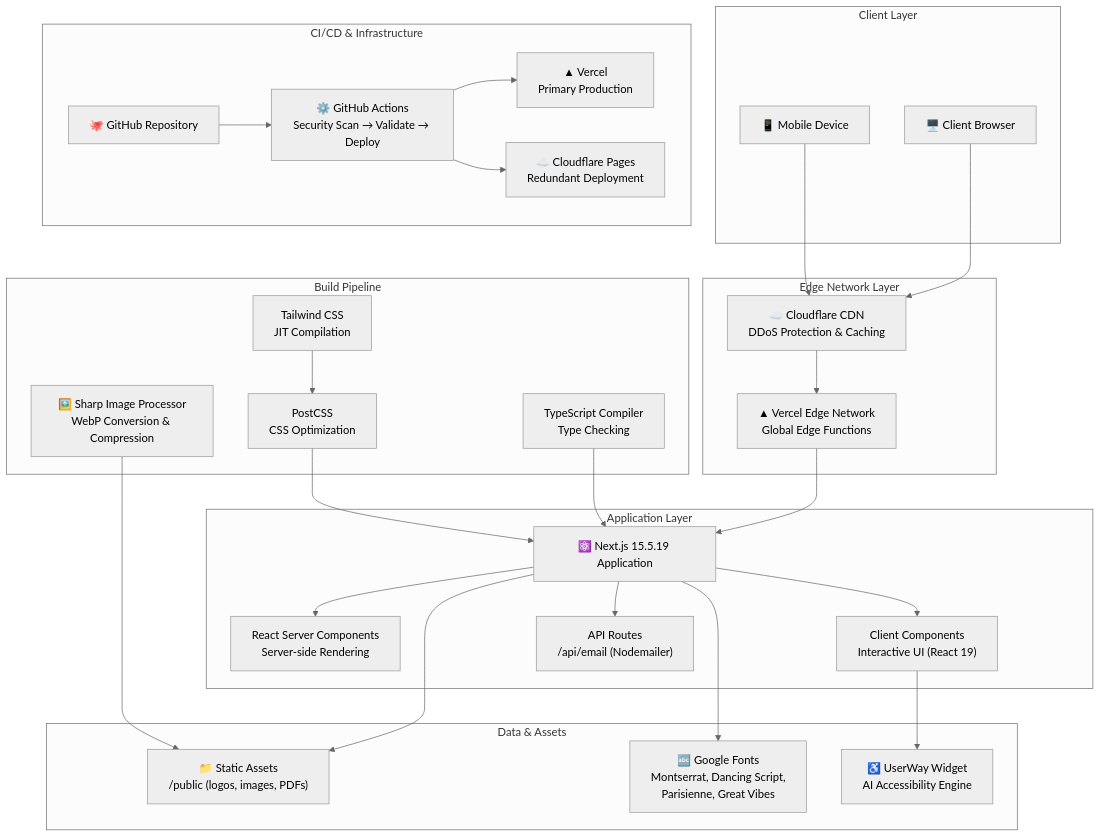
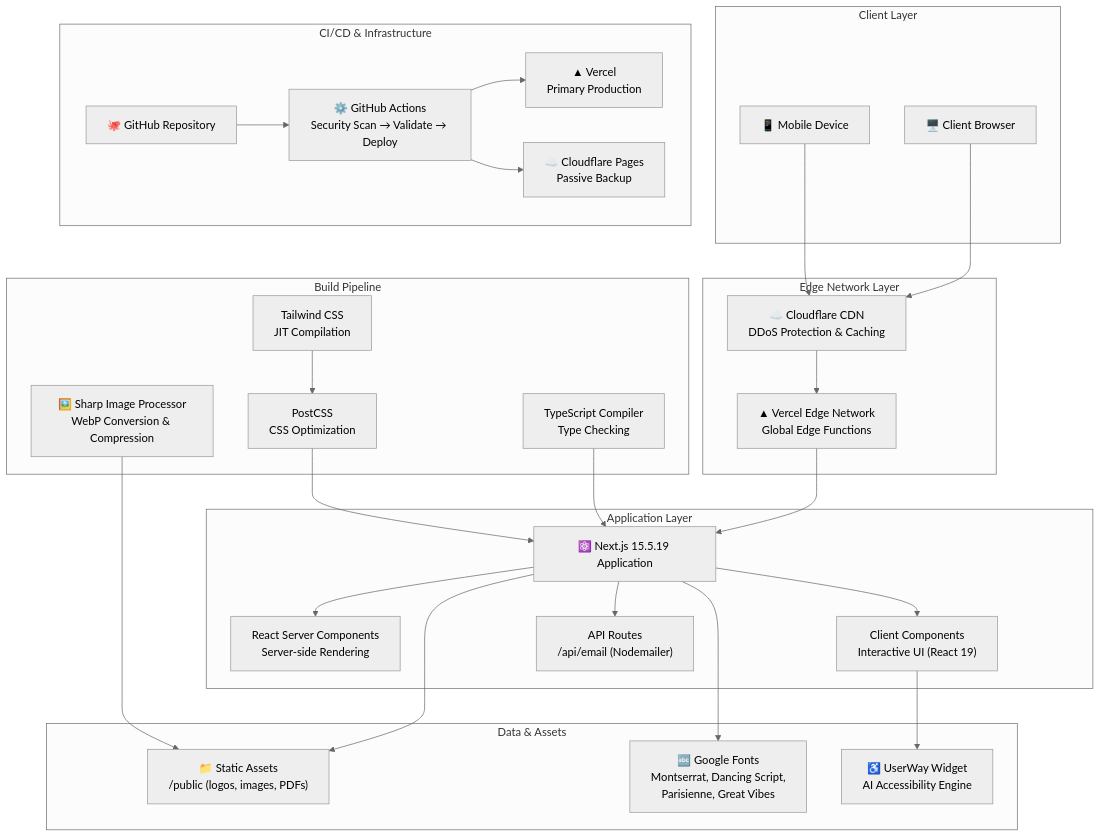
The first of 7 diagrams in README.md (johnnietse/2025-fyic), drawn with Mermaid (neutral theme) before and after one commit. The commit also changed other lines of this file, not shown here.

Commit message:
docs: update diagrams and prerequisites to reflect node 22 and passive failover

````diff
--- a/README.md
+++ b/README.md
@@ -106,58 +106,58 @@
 ```mermaid
 graph TB
     subgraph "Client Layer"
         Browser["🖥️ Client Browser"]
         Mobile["📱 Mobile Device"]
     end
 
     subgraph "Edge Network Layer"
         CDN["☁️ Cloudflare CDN<br/>DDoS Protection & Caching"]
         VercelEdge["▲ Vercel Edge Network<br/>Global Edge Functions"]
     end
 
     subgraph "Application Layer"
         NextApp["⚛️ Next.js 15.5.19 Application"]
         RSC["React Server Components<br/>Server-side Rendering"]
         CSR["Client Components<br/>Interactive UI (React 19)"]
         API["API Routes<br/>/api/email (Nodemailer)"]
     end
 
     subgraph "Build Pipeline"
         Sharp["🖼️ Sharp Image Processor<br/>WebP Conversion & Compression"]
         TSC["TypeScript Compiler<br/>Type Checking"]
         TW["Tailwind CSS<br/>JIT Compilation"]
         PostCSS["PostCSS<br/>CSS Optimization"]
     end
 
     subgraph "Data & Assets"
         StaticAssets["📁 Static Assets<br/>/public (logos, images, PDFs)"]
         GoogleFonts["🔤 Google Fonts<br/>Montserrat, Dancing Script,<br/>Parisienne, Great Vibes"]
         UserWay["♿ UserWay Widget<br/>AI Accessibility Engine"]
     end
 
     subgraph "CI/CD & Infrastructure"
         GitHub["🐙 GitHub Repository"]
         Actions["⚙️ GitHub Actions<br/>Security Scan → Validate → Deploy"]
         Vercel["▲ Vercel<br/>Primary Production"]
-        Cloudflare["☁️ Cloudflare Pages<br/>Redundant Deployment"]
+        Cloudflare["☁️ Cloudflare Pages<br/>Passive Backup"]
     end
 
     Browser --> CDN
     Mobile --> CDN
     CDN --> VercelEdge
     VercelEdge --> NextApp
     NextApp --> RSC
     NextApp --> CSR
     NextApp --> API
     NextApp --> StaticAssets
     NextApp --> GoogleFonts
     CSR --> UserWay
 
     Sharp --> StaticAssets
     TSC --> NextApp
     TW --> PostCSS --> NextApp
 
     GitHub --> Actions
     Actions --> Vercel
     Actions --> Cloudflare
 ```
````
